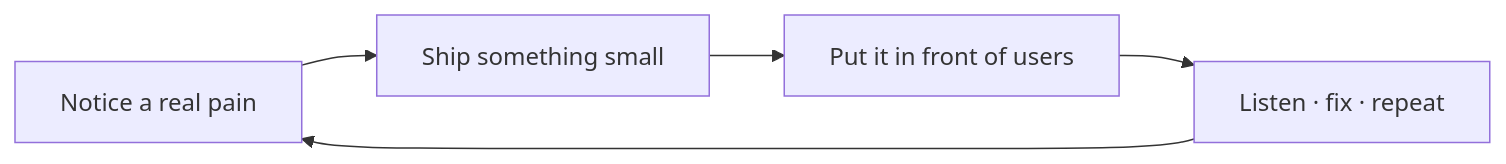
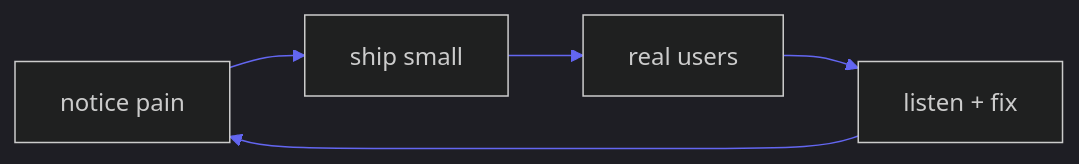
The diagram in README.md (hrushikeshvetagiri-tweak/hrushikeshvetagiri-tweak), drawn with Mermaid before and after one commit. The commit also changed other lines of this file and 1 other file, not shown here.

First line of the commit message:
Polish profile styling: indigo accents, dark cards, section bands.

````diff
--- a/README.md
+++ b/README.md
@@ -32,7 +67,8 @@
 ```mermaid
+%%{init: {'theme':'dark', 'themeVariables': { 'primaryColor':'#6366f1', 'primaryTextColor':'#fff', 'lineColor':'#6366f1', 'secondaryColor':'#21262d'}}}%%
 flowchart LR
-  A["Notice a real pain"] --> B["Ship something small"]
-  B --> C["Put it in front of users"]
-  C --> D["Listen · fix · repeat"]
+  A["notice pain"] --> B["ship small"]
+  B --> C["real users"]
+  C --> D["listen + fix"]
   D --> A
 ```
````
